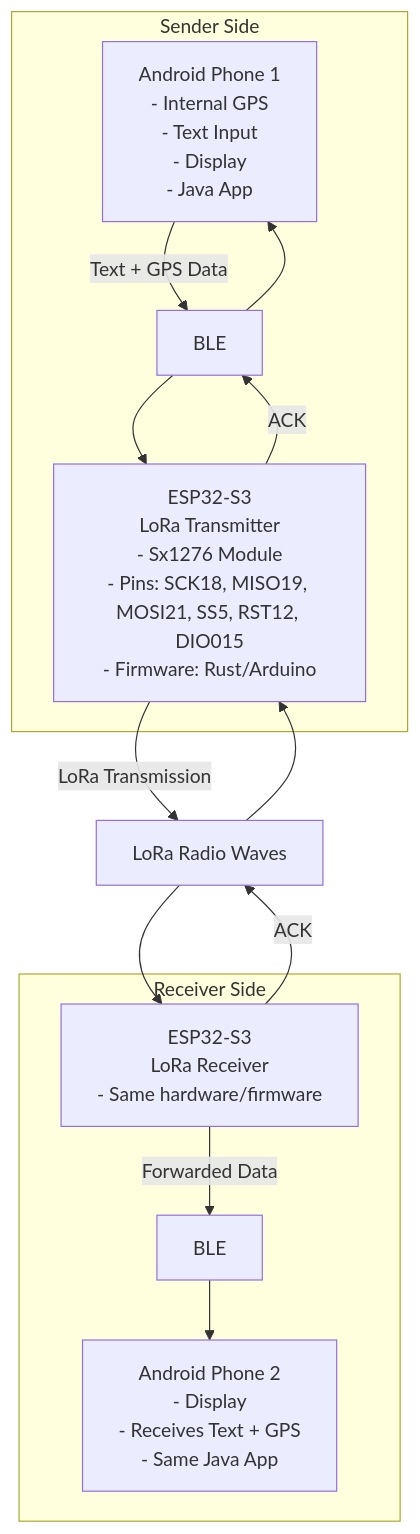
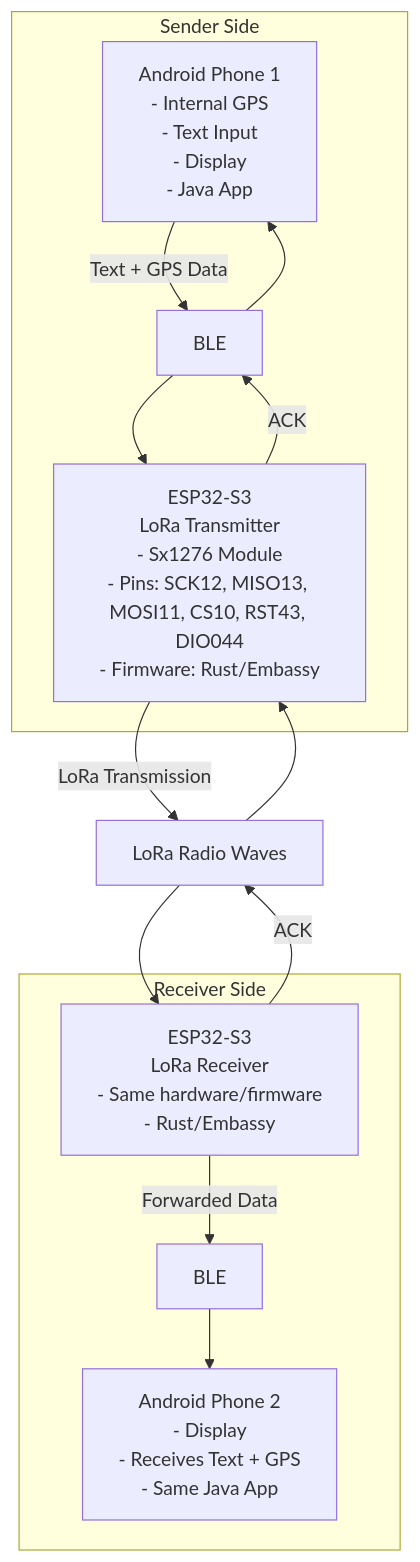
One commit to psytraxx/android-lora-ble-bridge changed the diagram in README.md. Above: the diagram before and after it, drawn with Mermaid. The commit also changed other lines of this file and 2 other files, not shown here.

Commit message:
refactor: update GPIO pin configurations for ESP32-S3 LoRa module

````diff
--- a/README.md
+++ b/README.md
@@ -45,26 +45,26 @@
 ```mermaid
 graph TD
     A[Android Phone 1<br/>- Internal GPS<br/>- Text Input<br/>- Display<br/>- Java App] -->|Text + GPS Data| B[BLE]
-    B --> C[ESP32-S3<br/>LoRa Transmitter<br/>- Sx1276 Module<br/>- Pins: SCK18, MISO19, MOSI21, SS5, RST12, DIO015<br/>- Firmware: Rust/Arduino]
+    B --> C[ESP32-S3<br/>LoRa Transmitter<br/>- Sx1276 Module<br/>- Pins: SCK12, MISO13, MOSI11, CS10, RST43, DIO044<br/>- Firmware: Rust/Embassy]
     C -->|LoRa Transmission| D[LoRa Radio Waves]
-    D --> E[ESP32-S3<br/>LoRa Receiver<br/>- Same hardware/firmware]
+    D -->     E[ESP32-S3<br/>LoRa Receiver<br/>- Same hardware/firmware<br/>- Rust/Embassy]
     E -->|Forwarded Data| F[BLE]
     F --> G[Android Phone 2<br/>- Display<br/>- Receives Text + GPS<br/>- Same Java App]
     
     E -->|ACK| D
     D --> C
     C -->|ACK| B
     B --> A
     
     subgraph "Sender Side"
         A
         B
         C
     end
     
     subgraph "Receiver Side"
         E
         F
         G
     end
 ```
````
